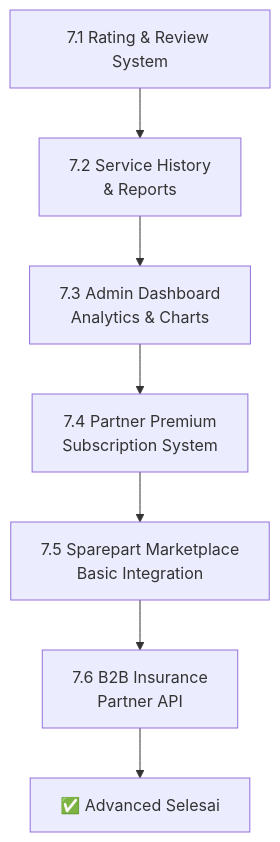
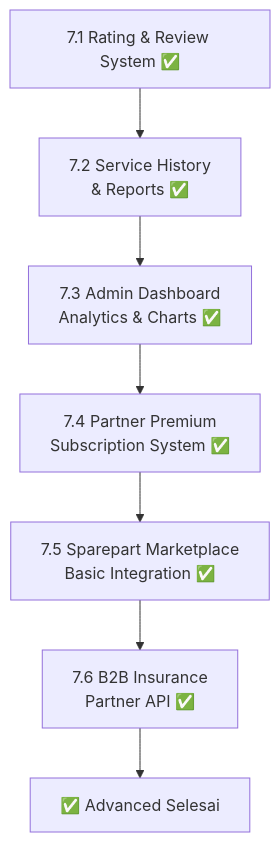
One commit to wahyudedik/montirgo changed the ninth of 11 diagrams in plans/ROADMAP.md. Above: the diagram before and after it, drawn with Mermaid. The commit also changed other lines of this file and 30 other files, not shown here.

````diff
--- a/plans/ROADMAP.md
+++ b/plans/ROADMAP.md
@@ -483,9 +484,9 @@
 ```mermaid
 graph TD
-    A[7.1 Rating & Review System] --> B[7.2 Service History<br/>& Reports]
-    B --> C[7.3 Admin Dashboard<br/>Analytics & Charts]
-    C --> D[7.4 Partner Premium<br/>Subscription System]
-    D --> E[7.5 Sparepart Marketplace<br/>Basic Integration]
-    E --> F[7.6 B2B Insurance<br/>Partner API]
+    A[7.1 Rating & Review System ✅] --> B[7.2 Service History<br/>& Reports ✅]
+    B --> C[7.3 Admin Dashboard<br/>Analytics & Charts ✅]
+    C --> D[7.4 Partner Premium<br/>Subscription System ✅]
+    D --> E[7.5 Sparepart Marketplace<br/>Basic Integration ✅]
+    E --> F[7.6 B2B Insurance<br/>Partner API ✅]
     F --> G[✅ Advanced Selesai]
 ```
````
